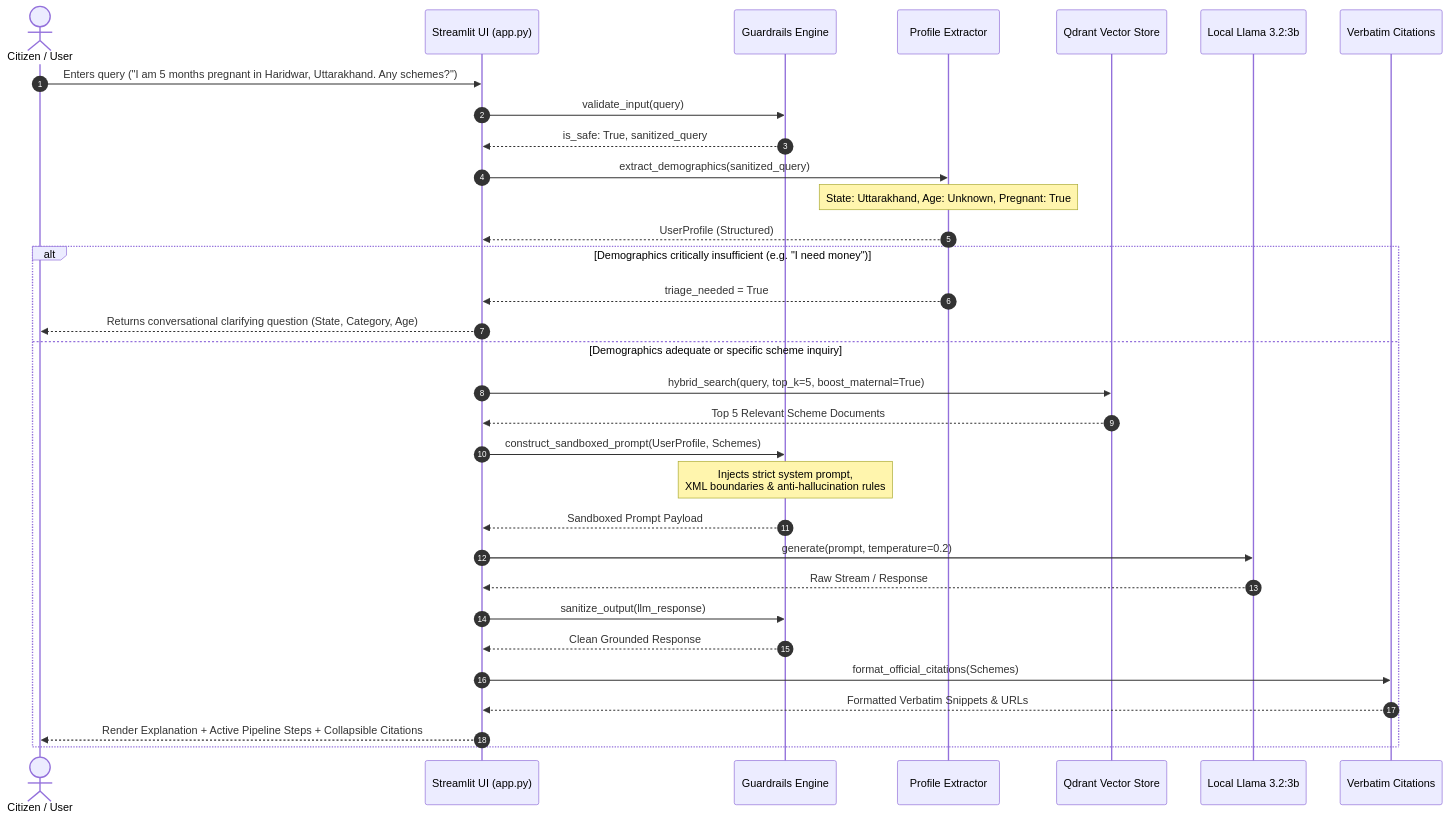
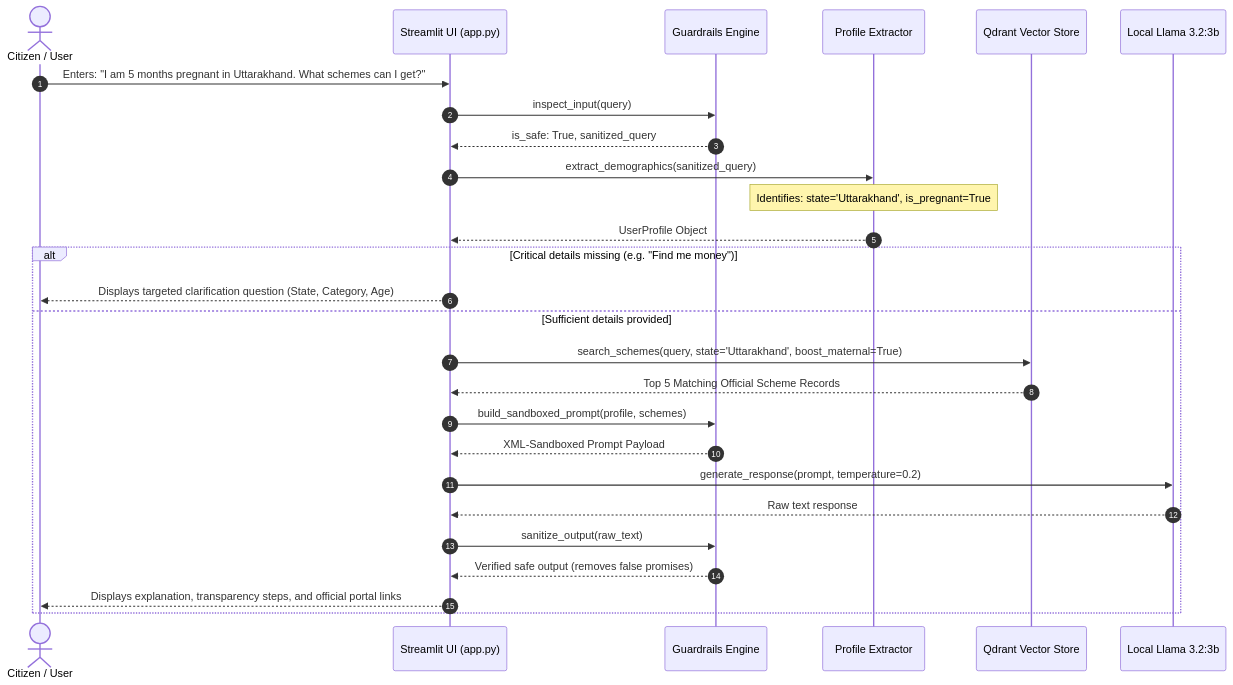
Before and after one commit to AdinotAadi/scheme-finder-chatbot: the third of 4 diagrams in Docs/architecture/ARCHITECTURE.md, drawn with Mermaid. The commit also changed other lines of this file and 1 other file, not shown here.

Commit message:
docs: rewrite documentation according to Simplified Technical English standards and Clean Architecture

````diff
--- a/Docs/architecture/ARCHITECTURE.md
+++ b/Docs/architecture/ARCHITECTURE.md
@@ -116,42 +113,36 @@
 ```mermaid
 sequenceDiagram
     autonumber
-    actor User as Citizen / User
+    actor Citizen as Citizen / User
     participant UI as Streamlit UI (app.py)
     participant Guard as Guardrails Engine
-    participant Triage as Profile Extractor
-    participant Vector as Qdrant Vector Store
-    participant Ollama as Local Llama 3.2:3b
-    participant Citations as Verbatim Citations
+    participant Profile as Profile Extractor
+    participant VectorDB as Qdrant Vector Store
+    participant LLM as Local Llama 3.2:3b
 
-    User->>UI: Enters query ("I am 5 months pregnant in Haridwar, Uttarakhand. Any schemes?")
-    UI->>Guard: validate_input(query)
+    Citizen->>UI: Enters: "I am 5 months pregnant in Uttarakhand. What schemes can I get?"
+    UI->>Guard: inspect_input(query)
     Guard-->>UI: is_safe: True, sanitized_query
-    
-    UI->>Triage: extract_demographics(sanitized_query)
-    Note over Triage: State: Uttarakhand, Age: Unknown, Pregnant: True
-    Triage-->>UI: UserProfile (Structured)
 
-    alt Demographics critically insufficient (e.g. "I need money")
-        Triage-->>UI: triage_needed = True
-        UI-->>User: Returns conversational clarifying question (State, Category, Age)
-    else Demographics adequate or specific scheme inquiry
-        UI->>Vector: hybrid_search(query, top_k=5, boost_maternal=True)
-        Vector-->>UI: Top 5 Relevant Scheme Documents
-        
-        UI->>Guard: construct_sandboxed_prompt(UserProfile, Schemes)
-        Note over Guard: Injects strict system prompt,<br/>XML boundaries & anti-hallucination rules
-        Guard-->>UI: Sandboxed Prompt Payload
-        
-        UI->>Ollama: generate(prompt, temperature=0.2)
-        Ollama-->>UI: Raw Stream / Response
-        
-        UI->>Guard: sanitize_output(llm_response)
-        Guard-->>UI: Clean Grounded Response
-        
-        UI->>Citations: format_official_citations(Schemes)
-        Citations-->>UI: Formatted Verbatim Snippets & URLs
-        
-        UI-->>User: Render Explanation + Active Pipeline Steps + Collapsible Citations
+    UI->>Profile: extract_demographics(sanitized_query)
+    Note over Profile: Identifies: state='Uttarakhand', is_pregnant=True
+    Profile-->>UI: UserProfile Object
+
+    alt Critical details missing (e.g. "Find me money")
+        UI-->>Citizen: Displays targeted clarification question (State, Category, Age)
+    else Sufficient details provided
+        UI->>VectorDB: search_schemes(query, state='Uttarakhand', boost_maternal=True)
+        VectorDB-->>UI: Top 5 Matching Official Scheme Records
+
+        UI->>Guard: build_sandboxed_prompt(profile, schemes)
+        Guard-->>UI: XML-Sandboxed Prompt Payload
+
+        UI->>LLM: generate_response(prompt, temperature=0.2)
+        LLM-->>UI: Raw text response
+
+        UI->>Guard: sanitize_output(raw_text)
+        Guard-->>UI: Verified safe output (removes false promises)
+
+        UI-->>Citizen: Displays explanation, transparency steps, and official portal links
     end
 ```
````
